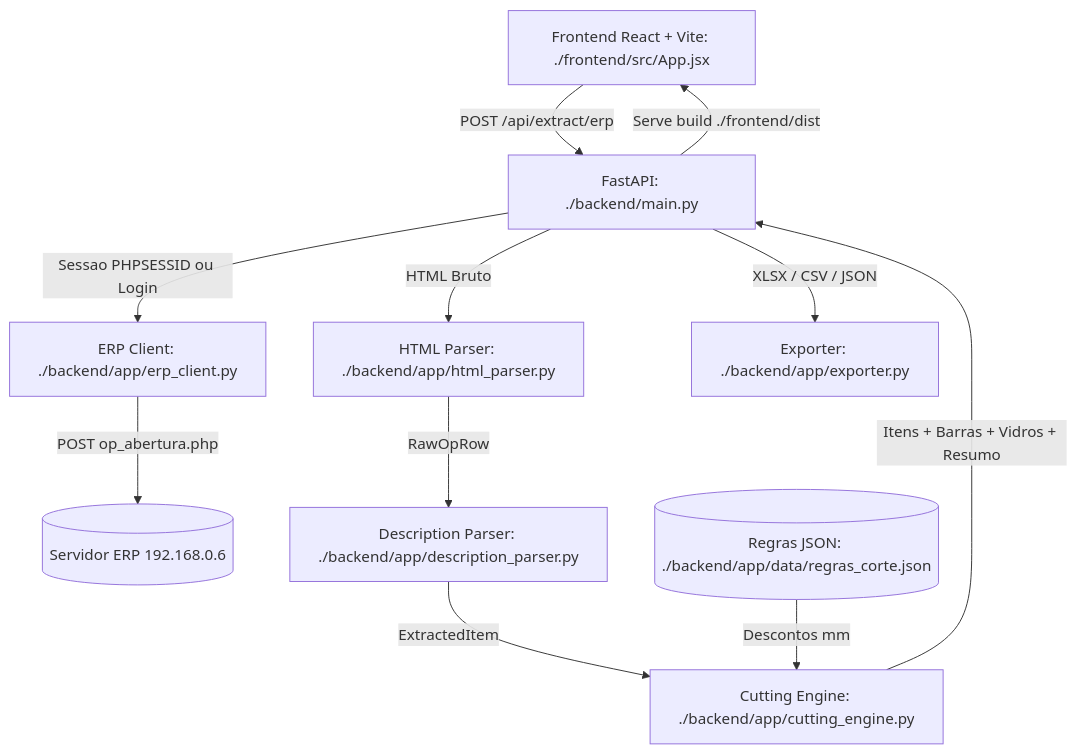
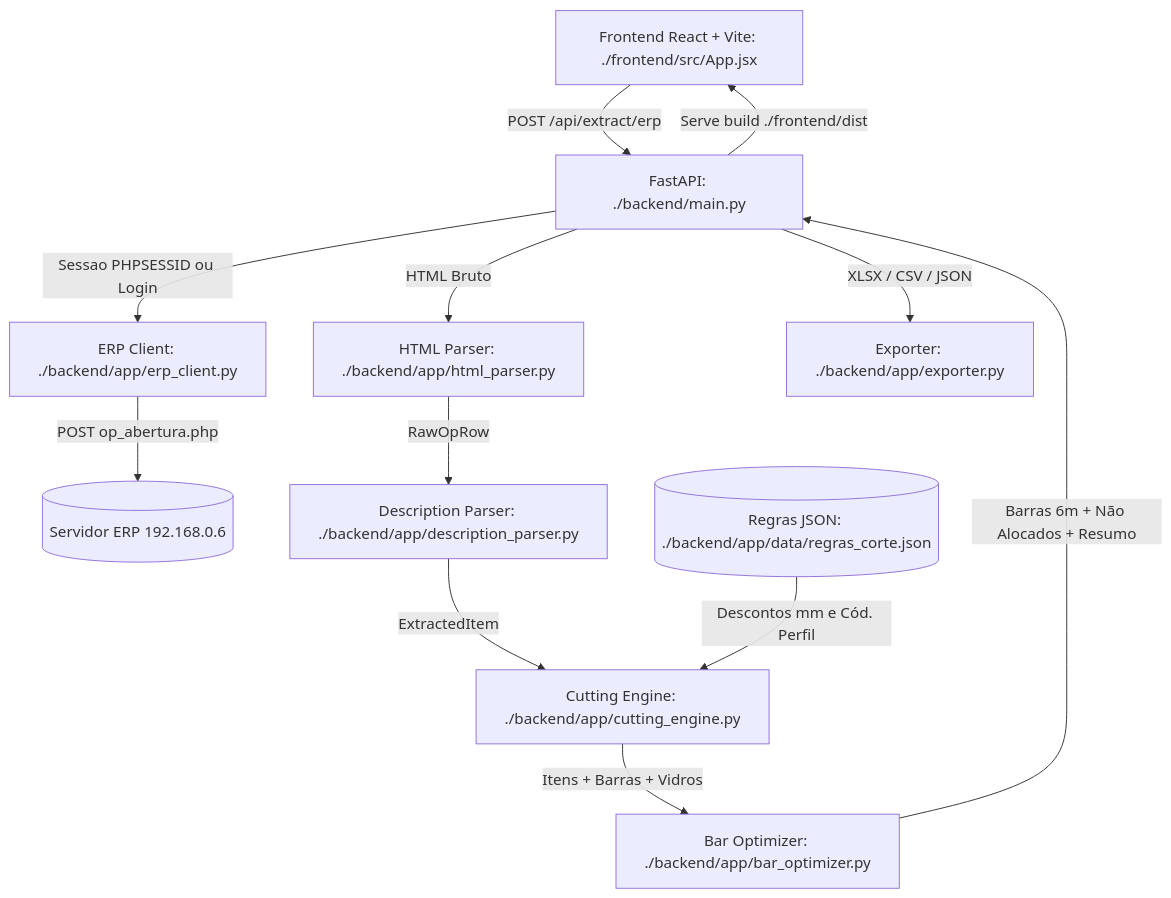
Before and after one commit to Felipecruz9851/corte-portas: the diagram in docs/vault/00-Visao-Geral/Index_Corte_local_portas.md, drawn with Mermaid. The commit also changed other lines of this file and 19 other files, not shown here.

First line of the commit message:
feat(optimizer): adiciona otimizador de barras 6m em grupos, otimização do Grupo 2 e KPIs por barra

````diff
--- a/docs/vault/00-Visao-Geral/Index_Corte_local_portas.md
+++ b/docs/vault/00-Visao-Geral/Index_Corte_local_portas.md
@@ -15,13 +15,14 @@
 ```mermaid
 graph TD
     UI[Frontend React + Vite: ./frontend/src/App.jsx] -->|POST /api/extract/erp| API[FastAPI: ./backend/main.py]
     API -->|Serve build ./frontend/dist| UI
     API -->|Sessao PHPSESSID ou Login| ERP[ERP Client: ./backend/app/erp_client.py]
     ERP -->|POST op_abertura.php| SRV[(Servidor ERP 192.168.0.6)]
     API -->|HTML Bruto| HTMLP[HTML Parser: ./backend/app/html_parser.py]
     HTMLP -->|RawOpRow| DESCP[Description Parser: ./backend/app/description_parser.py]
     DESCP -->|ExtractedItem| CUT[Cutting Engine: ./backend/app/cutting_engine.py]
-    RULES[(Regras JSON: ./backend/app/data/regras_corte.json)] -->|Descontos mm| CUT
-    CUT -->|Itens + Barras + Vidros + Resumo| API
+    RULES[(Regras JSON: ./backend/app/data/regras_corte.json)] -->|Descontos mm e Cód. Perfil| CUT
+    CUT -->|Itens + Barras + Vidros| OPT[Bar Optimizer: ./backend/app/bar_optimizer.py]
+    OPT -->|Barras 6m + Não Alocados + Resumo| API
     API -->|XLSX / CSV / JSON| EXP[Exporter: ./backend/app/exporter.py]
 ```
````
